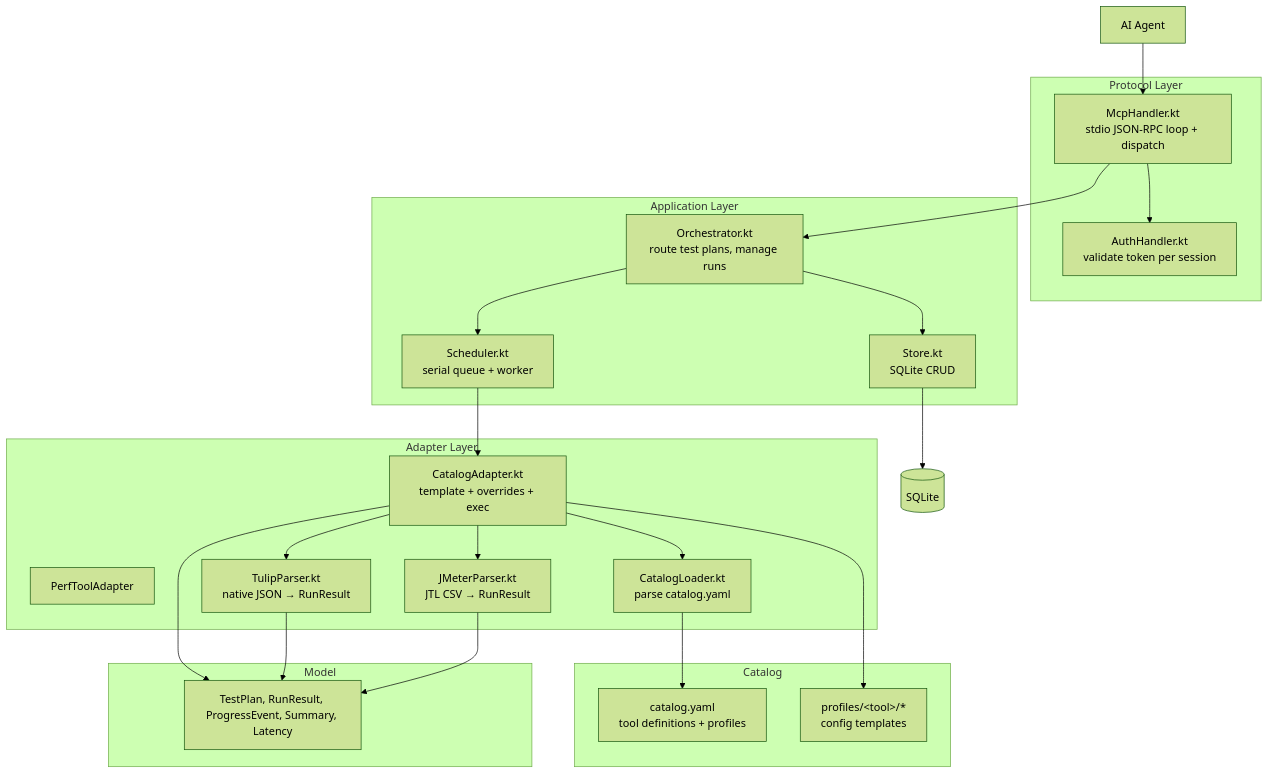
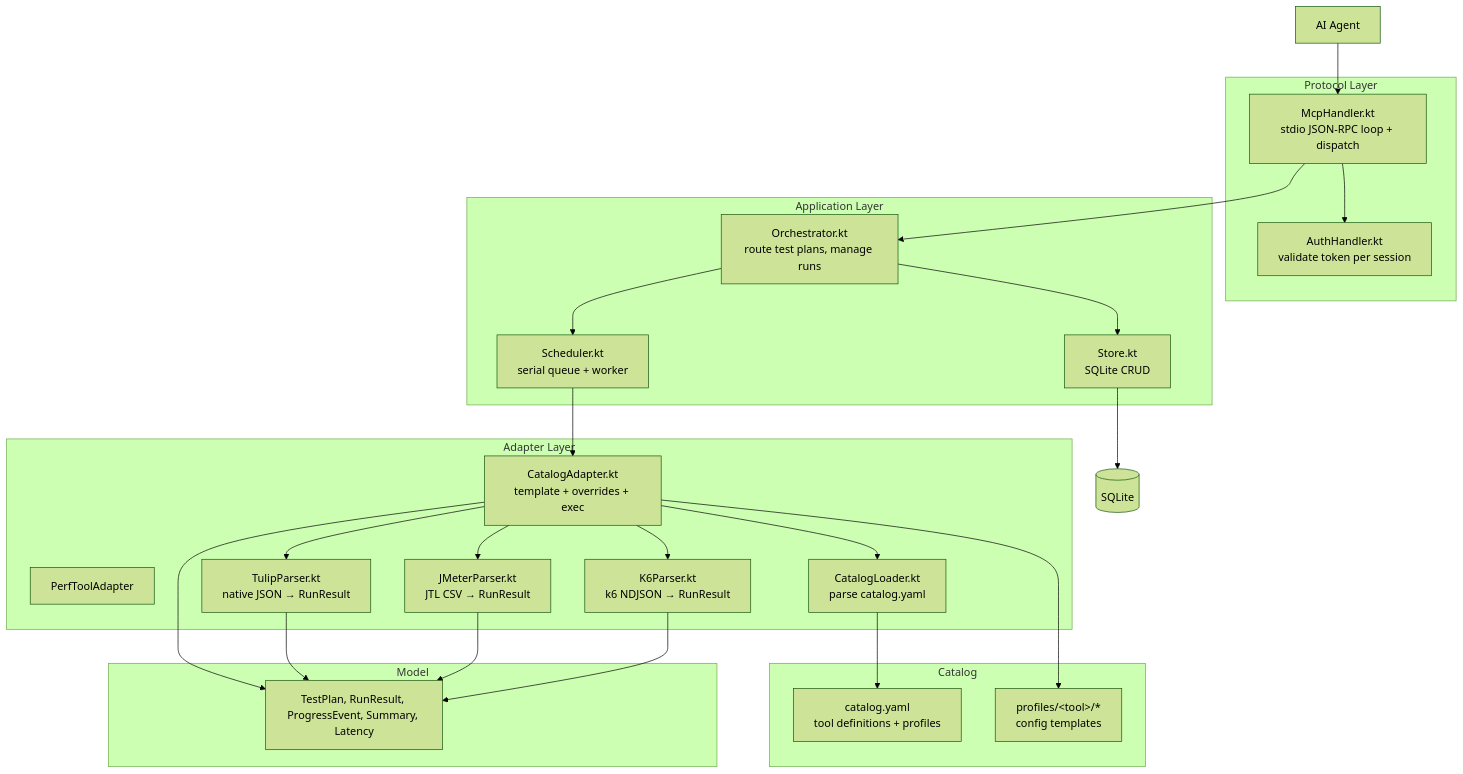
The second of 5 diagrams in docs/architecture.md (bmvanwyk/Boehm), drawn with Mermaid (forest theme) before and after one commit. The commit also changed 7 other files, not shown here.

First line of the commit message:
[verified] Add k6 adapter parser: NDJSON → RunResult

````diff
--- a/docs/architecture.md
+++ b/docs/architecture.md
@@ -59,48 +59,51 @@
 ```mermaid
 graph TB
     subgraph "Protocol Layer"
         McpHandler["McpHandler.kt<br/>stdio JSON-RPC loop + dispatch"]
         AuthHandler["AuthHandler.kt<br/>validate token per session"]
     end
 
     subgraph "Application Layer"
         Orchestrator["Orchestrator.kt<br/>route test plans, manage runs"]
         Scheduler["Scheduler.kt<br/>serial queue + worker"]
         Store["Store.kt<br/>SQLite CRUD"]
     end
 
     subgraph "Adapter Layer"
         AdapterInterface["PerfToolAdapter"]
         CatalogLoader["CatalogLoader.kt<br/>parse catalog.yaml"]
         CatalogAdapter["CatalogAdapter.kt<br/>template + overrides + exec"]
         TulipParser["TulipParser.kt<br/>native JSON → RunResult"]
     JMeterParser["JMeterParser.kt<br/>JTL CSV → RunResult"]
+    K6Parser["K6Parser.kt<br/>k6 NDJSON → RunResult"]
     end
 
     subgraph "Catalog"
         CatalogYaml["catalog.yaml<br/>tool definitions + profiles"]
         Templates["profiles/&lt;tool&gt;/*<br/>config templates"]
     end
 
     subgraph "Model"
         Models["TestPlan, RunResult, ProgressEvent, Summary, Latency"]
     end
 
     Agent["AI Agent"]
 
     CatalogLoader --> CatalogYaml
     Agent --> McpHandler
     McpHandler --> AuthHandler
     McpHandler --> Orchestrator
     Orchestrator --> Scheduler
     Orchestrator --> Store
     Scheduler --> CatalogAdapter
     CatalogAdapter --> CatalogLoader
     CatalogAdapter --> Templates
     CatalogAdapter --> TulipParser
     CatalogAdapter --> JMeterParser
+    CatalogAdapter --> K6Parser
     CatalogAdapter --> Models
     TulipParser --> Models
     JMeterParser --> Models
+    K6Parser --> Models
     Store --> SQLite[(SQLite)]
 ```
````
